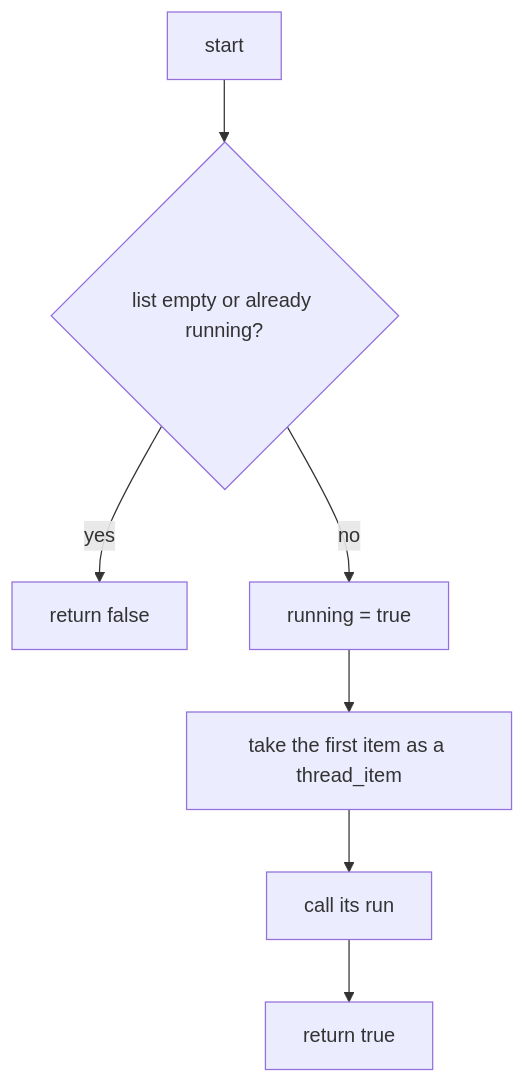
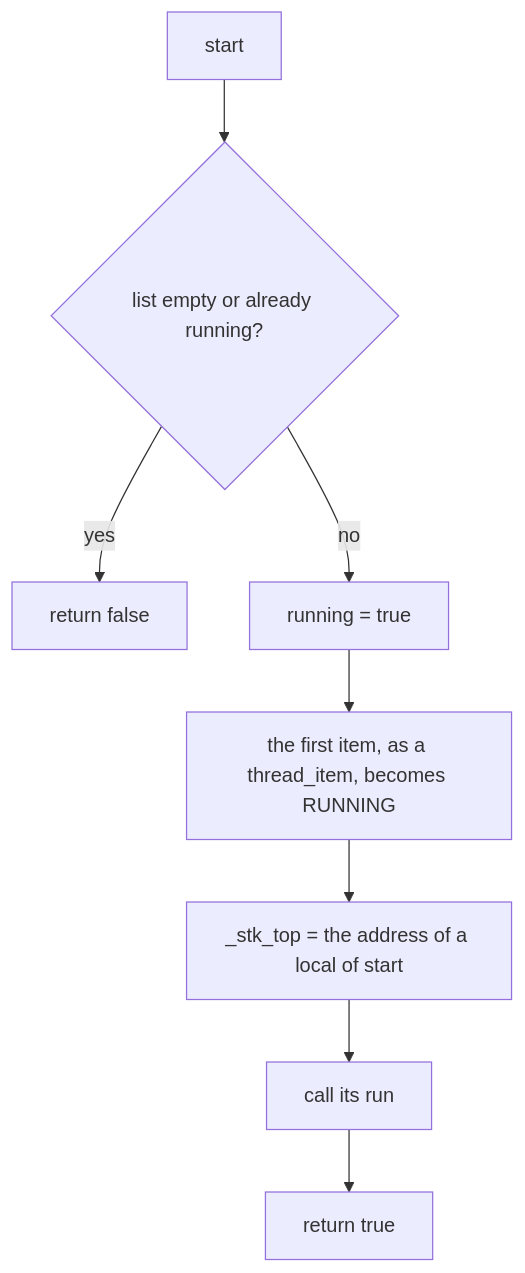
The fifth of 8 diagrams in spec.md (solariun/atomicx2), drawn with Mermaid before and after one commit. The commit also changed other lines of this file and 3 other files, not shown here.

````diff
--- a/spec.md
+++ b/spec.md
@@ -369,9 +397,10 @@
 ```mermaid
 flowchart TD
     s["start"] --> e{"list empty or already running?"}
     e -->|yes| f["return false"]
     e -->|no| r["running = true"]
-    r --> h["take the first item as a thread_item"]
-    h --> x["call its run"]
+    r --> h["the first item, as a thread_item, becomes RUNNING"]
+    h --> m["_stk_top = the address of a local of start"]
+    m --> x["call its run"]
     x --> t["return true"]
 ```
````
